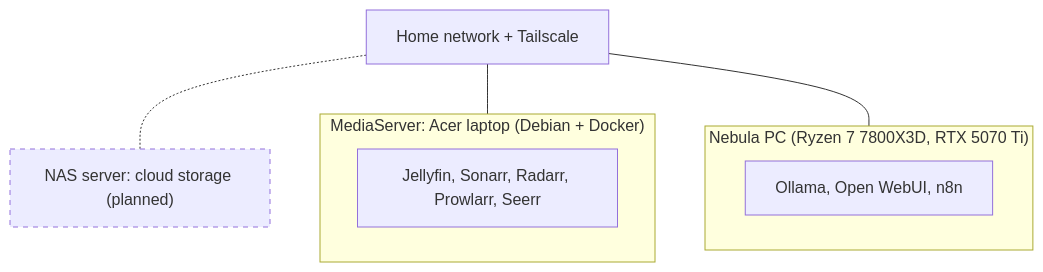
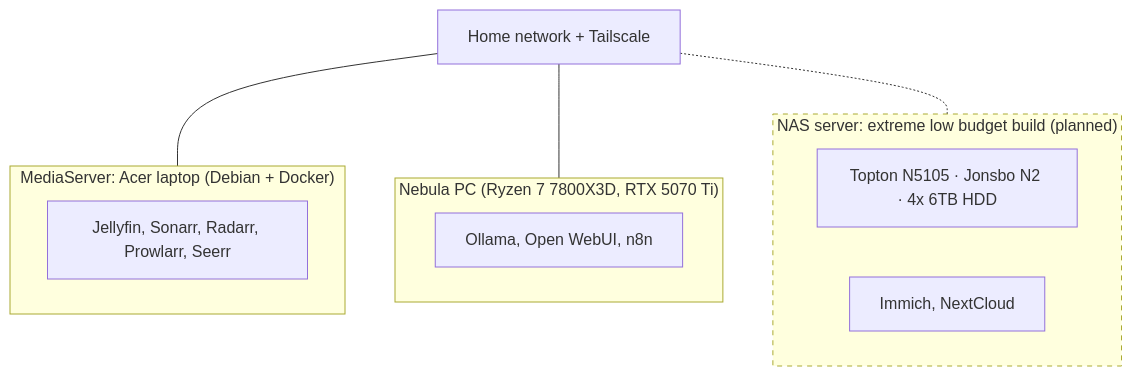
The diagram in README.md (malvinkhan/HomeLab), drawn with Mermaid before and after one commit. The commit also changed other lines of this file and 1 other file, not shown here.

````diff
--- a/README.md
+++ b/README.md
@@ -7,15 +7,18 @@
 ```mermaid
 flowchart TB
   NET["Home network + Tailscale"]
   subgraph MS["MediaServer: Acer laptop (Debian + Docker)"]
     M1["Jellyfin, Sonarr, Radarr, Prowlarr, Seerr"]
   end
   subgraph NB["Nebula PC (Ryzen 7 7800X3D, RTX 5070 Ti)"]
     N1["Ollama, Open WebUI, n8n"]
   end
-  NAS["NAS server: cloud storage (planned)"]
+  subgraph NAS["NAS server: extreme low budget build (planned)"]
+    NA1["Topton N5105 · Jonsbo N2 · 4x 6TB HDD"]
+    NA2["Immich, NextCloud"]
+  end
   NET --- MS
   NET --- NB
   NET -.- NAS
   style NAS stroke-dasharray: 5 5
 ```
````
